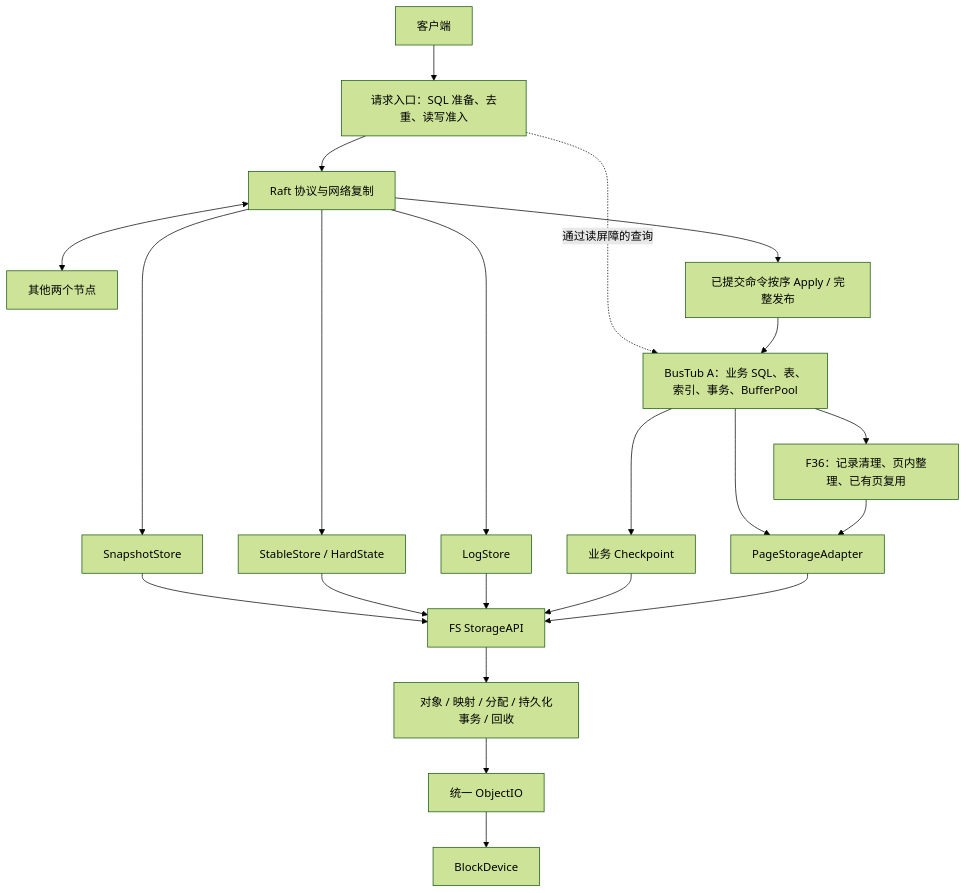
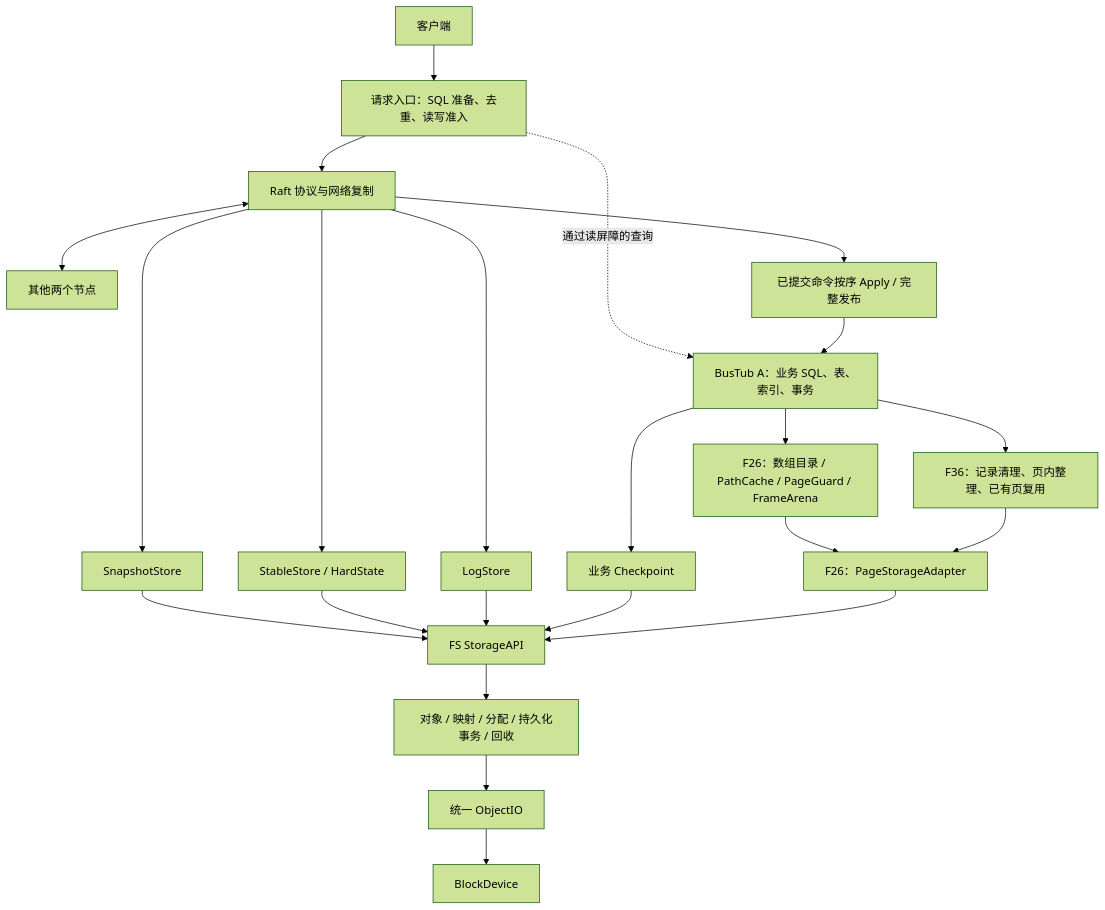
Before and after one commit to qwzx-qwas/bustub-20241207-2024fall: the first of 2 diagrams in docs/storage_redesign/README.md, drawn with Mermaid (forest theme). The commit also changed other lines of this file and 21 other files, not shown here.

````diff
--- a/docs/storage_redesign/README.md
+++ b/docs/storage_redesign/README.md
@@ -226,24 +229,25 @@
 ```mermaid
 flowchart TB
     Client["客户端"] --> Access["请求入口：SQL 准备、去重、读写准入"]
     Access --> Raft["Raft 协议与网络复制"]
     Raft <--> Peers["其他两个节点"]
     Raft --> Apply["已提交命令按序 Apply / 完整发布"]
-    Apply --> A["BusTub A：业务 SQL、表、索引、事务、BufferPool"]
+    Apply --> A["BusTub A：业务 SQL、表、索引、事务"]
+    A --> BP["F26：数组目录 / PathCache / PageGuard / FrameArena"]
     A --> Space["F36：记录清理、页内整理、已有页复用"]
     Space --> Page
     Access -. "通过读屏障的查询" .-> A
     Raft --> Logs["LogStore"]
     Raft --> Stable["StableStore / HardState"]
     Raft --> Snap["SnapshotStore"]
-    A --> Page["PageStorageAdapter"]
+    BP --> Page["F26：PageStorageAdapter"]
     A --> DBCP["业务 Checkpoint"]
     Page --> API["FS StorageAPI"]
     DBCP --> API
     Logs --> API
     Stable --> API
     Snap --> API
     API --> FS["对象 / 映射 / 分配 / 持久化事务 / 回收"]
     FS --> OIO["统一 ObjectIO"]
     OIO --> Device["BlockDevice"]
 ```
````
